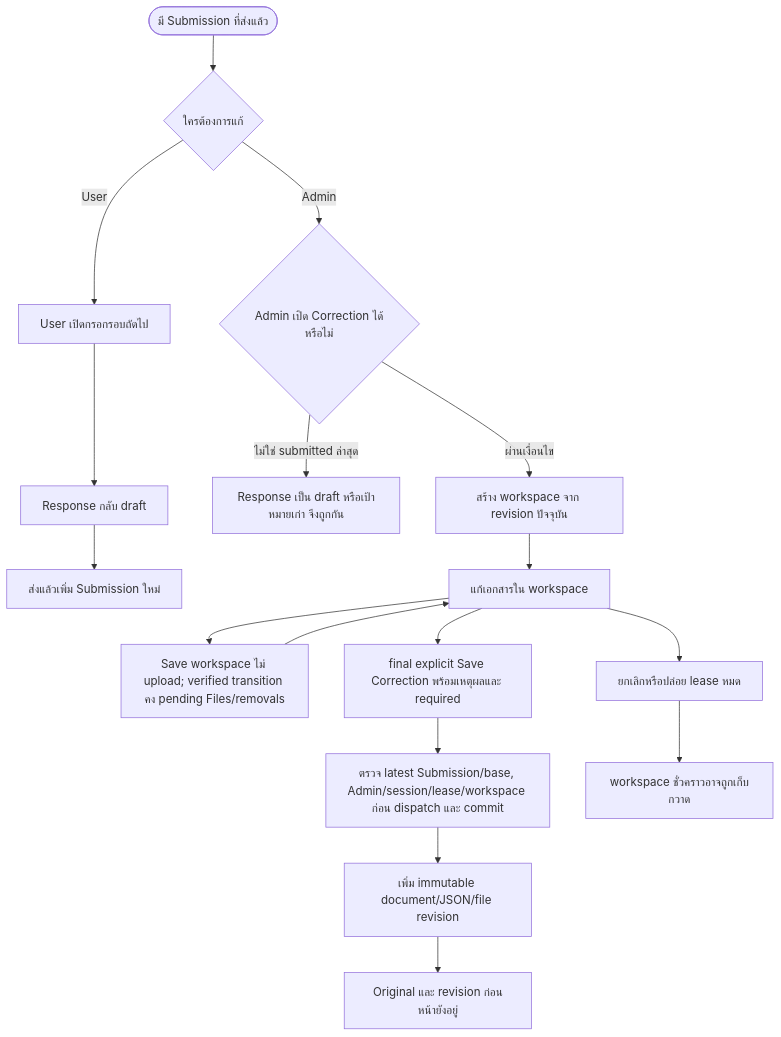
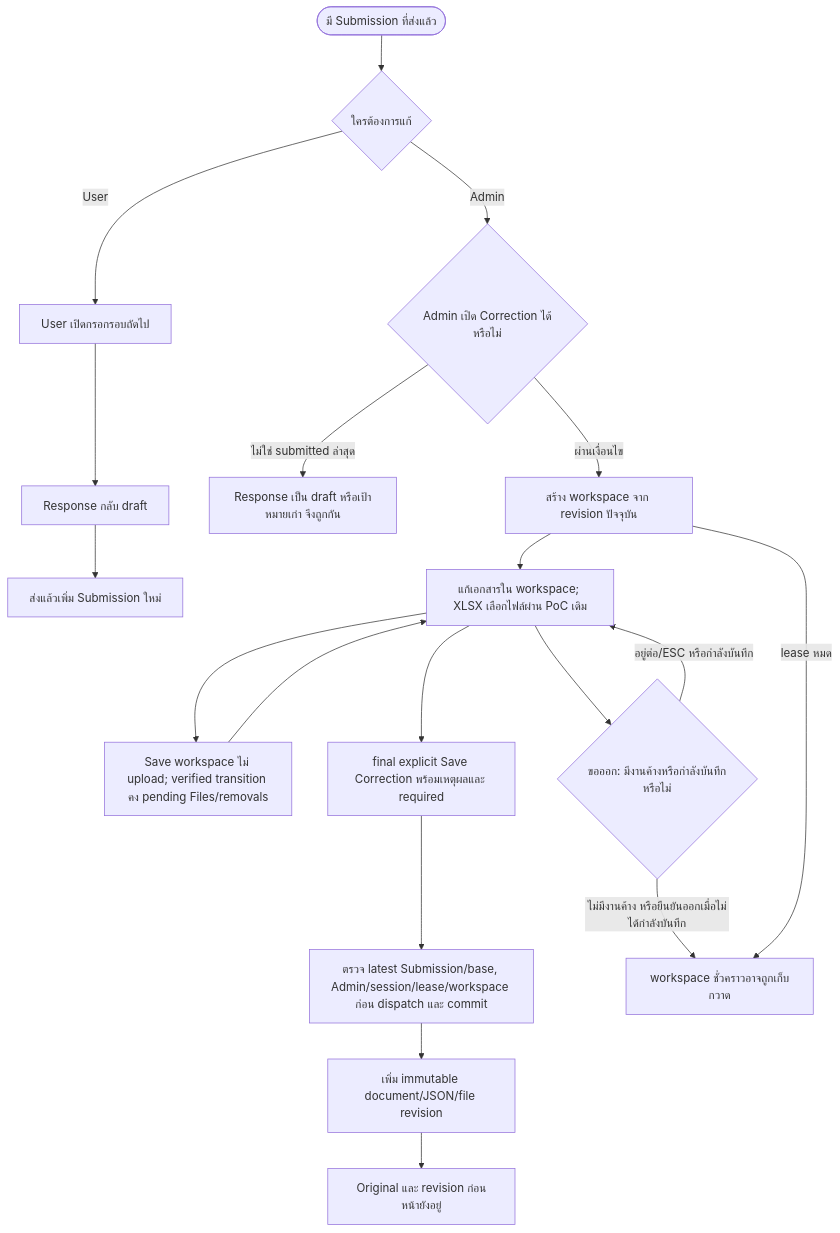
One commit to AquilaStudio2/folio-forms changed the diagram in .scratch/system-workflow/diagrams/21-correction-continuation.mmd. Above: the diagram before and after it, drawn with Mermaid. The commit also changed 24 other files, not shown here.

```diff
--- a/.scratch/system-workflow/diagrams/21-correction-continuation.mmd
+++ b/.scratch/system-workflow/diagrams/21-correction-continuation.mmd
@@ -1,25 +1,28 @@
 flowchart TD
     submitted(["มี Submission ที่ส่งแล้ว"])
     actor{"ใครต้องการแก้"}
     user["User เปิดกรอกรอบถัดไป"]
     newDraft["Response กลับ draft"]
     next["ส่งแล้วเพิ่ม Submission ใหม่"]
     gate{"Admin เปิด Correction ได้หรือไม่"}
     block["Response เป็น draft หรือเป้าหมายเก่า จึงถูกกัน"]
     workspace["สร้าง workspace จาก revision ปัจจุบัน"]
-    edit["แก้เอกสารใน workspace"]
+    edit["แก้เอกสารใน workspace; XLSX เลือกไฟล์ผ่าน PoC เดิม"]
     preview["Save workspace ไม่ upload; verified transition คง pending Files/removals"]
     reason["final explicit Save Correction พร้อมเหตุผลและ required"]
     commit["ตรวจ latest Submission/base, Admin/session/lease/workspace ก่อน dispatch และ commit"]
     revision["เพิ่ม immutable document/JSON/file revision"]
     history["Original และ revision ก่อนหน้ายังอยู่"]
-    abandon["ยกเลิกหรือปล่อย lease หมด"]
+    abandon{"ขอออก: มีงานค้างหรือกำลังบันทึกหรือไม่"}
     cleanup["workspace ชั่วคราวอาจถูกเก็บกวาด"]
     submitted --> actor
     actor -->|"User"| user --> newDraft --> next
     actor -->|"Admin"| gate
     gate -->|"ไม่ใช่ submitted ล่าสุด"| block
     gate -->|"ผ่านเงื่อนไข"| workspace --> edit
     edit --> preview --> edit
     edit --> reason --> commit --> revision --> history
-    edit --> abandon --> cleanup
+    edit --> abandon
+    abandon -->|"อยู่ต่อ/ESC หรือกำลังบันทึก"| edit
+    abandon -->|"ไม่มีงานค้าง หรือยืนยันออกเมื่อไม่ได้กำลังบันทึก"| cleanup
+    workspace -->|"lease หมด"| cleanup
```
